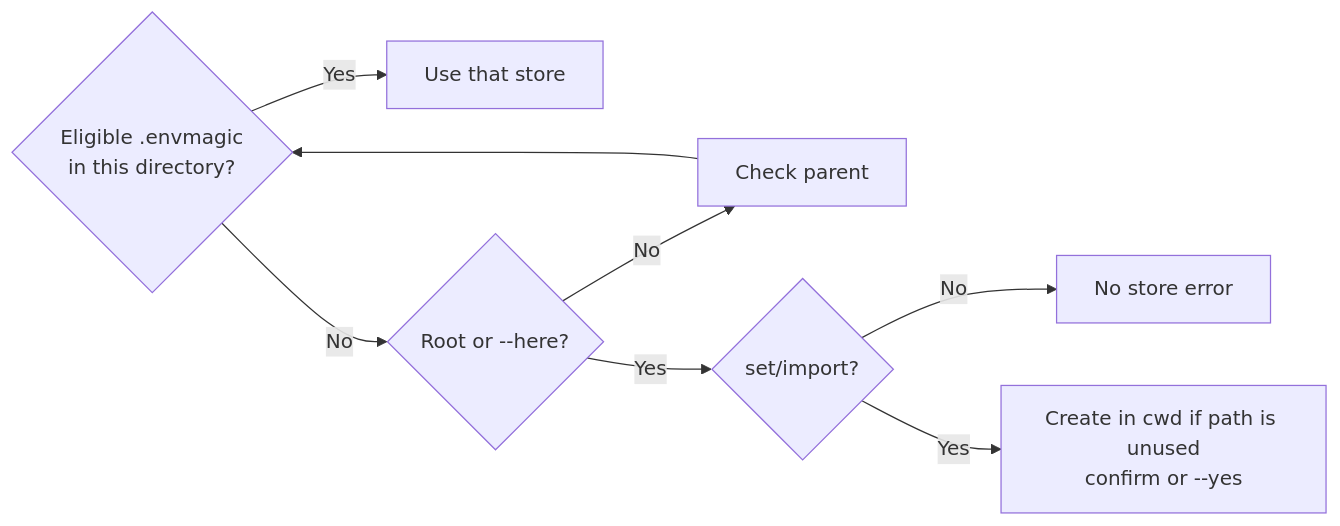
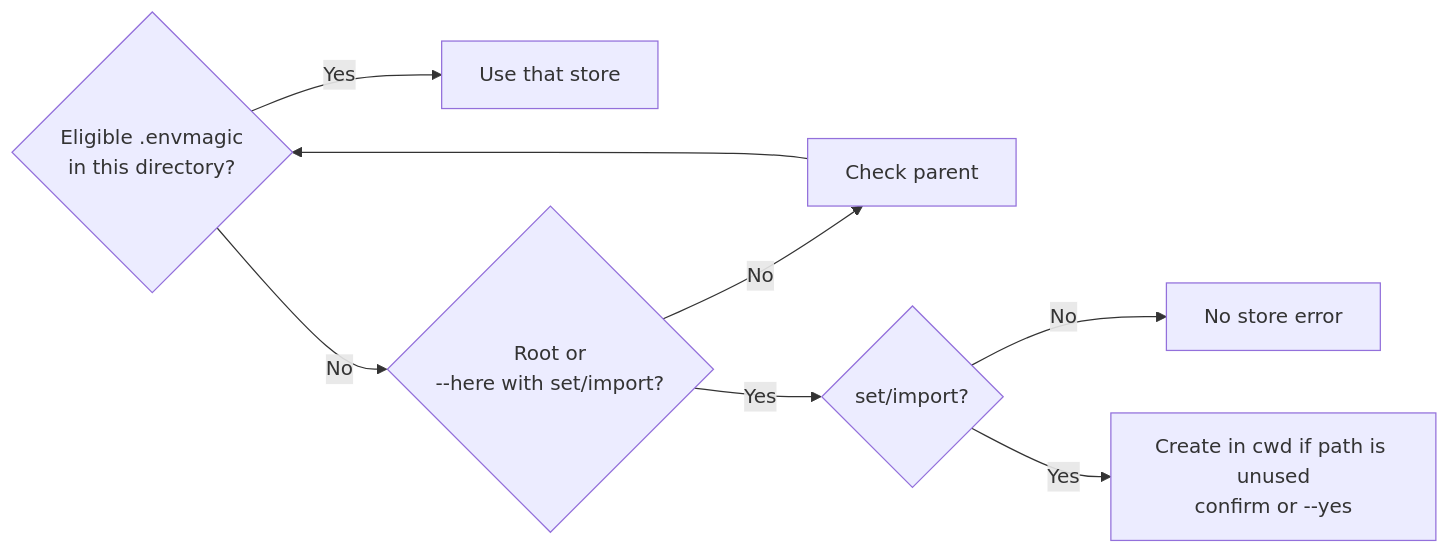
The first of 2 diagrams in docs/usage.md (peteraba/envmagic), drawn with Mermaid before and after one commit. The commit also changed 1 other file, not shown here.

Commit message:
docs: fix CI loading and clarify store selection

````diff
--- a/docs/usage.md
+++ b/docs/usage.md
@@ -82,10 +82,10 @@
 ```mermaid
 flowchart LR
     Check{"Eligible .envmagic<br/>in this directory?"}
     Check -- Yes --> Use["Use that store"]
-    Check -- No --> Stop{"Root or --here?"}
+    Check -- No --> Stop{"Root or<br/>--here with set/import?"}
     Stop -- No --> Parent["Check parent"] --> Check
     Stop -- Yes --> Write{"set/import?"}
     Write -- No --> Error["No store error"]
     Write -- Yes --> Create["Create in cwd if path is unused<br/>confirm or --yes"]
 ```
````
